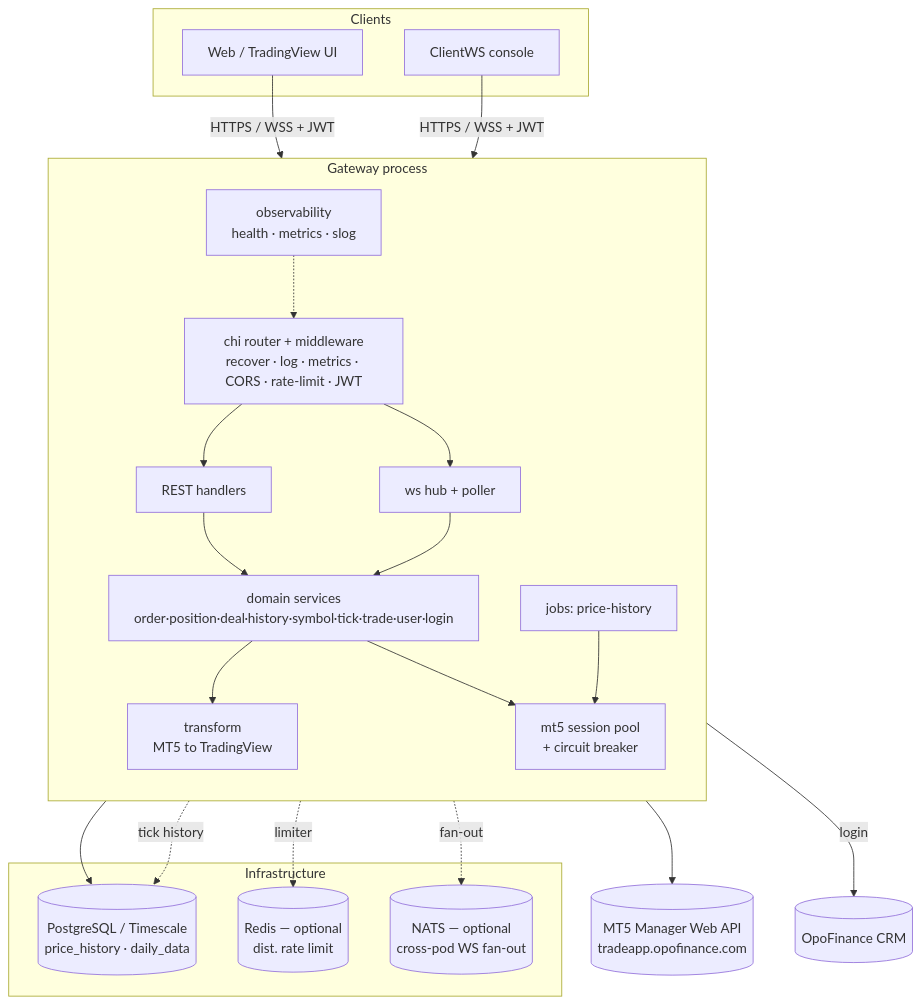
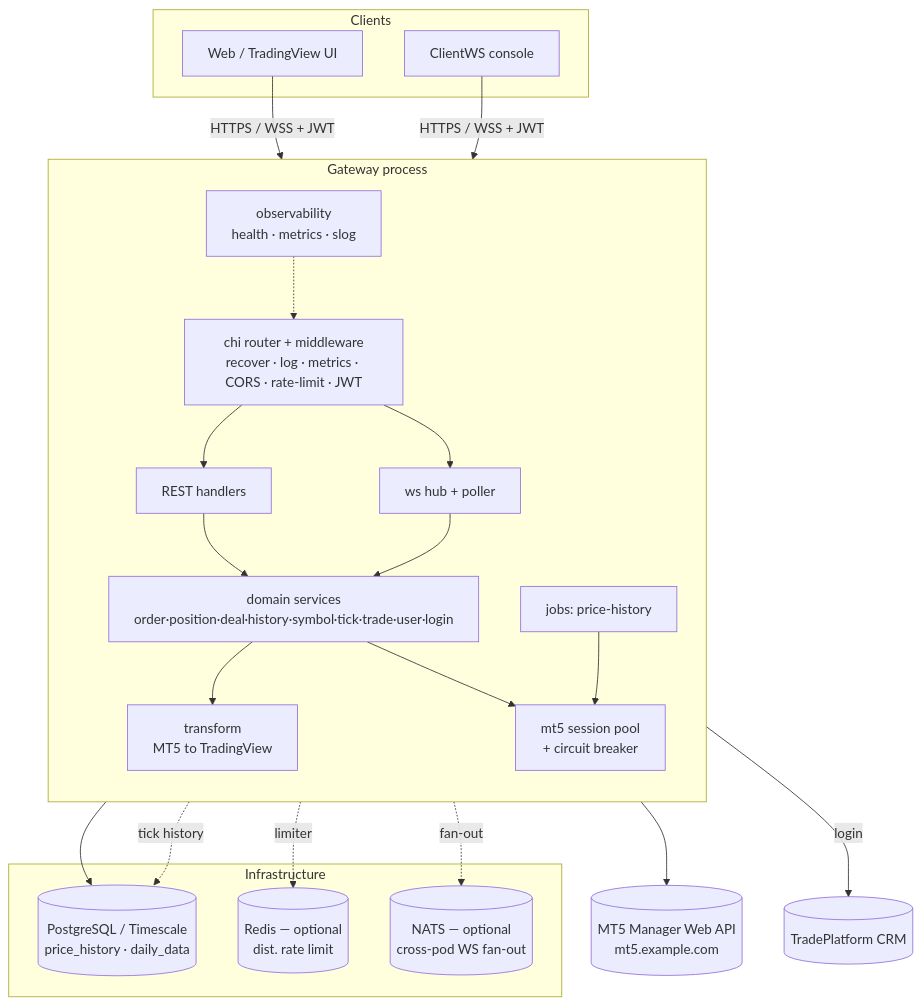
The first of 5 diagrams in backend/docs/DOCUMENTATION.md (nimadorostkar/TradePlatformDemo), drawn with Mermaid before and after one commit. The commit also changed other lines of this file and 138 other files, not shown here.

First line of the commit message:
Make the project its own: rebrand, drop the old environment, bring-your-own chart licence

````diff
--- a/backend/docs/DOCUMENTATION.md
+++ b/backend/docs/DOCUMENTATION.md
@@ -70,41 +59,41 @@
 ```mermaid
 flowchart TB
   subgraph clients[Clients]
     web[Web / TradingView UI]
     con[ClientWS console]
   end
 
   subgraph gw[Gateway process]
     direction TB
     R[chi router + middleware<br/>recover · log · metrics · CORS · rate-limit · JWT]
     H[REST handlers]
     WS["ws hub + poller"]
     D[domain services<br/>order·position·deal·history·symbol·tick·trade·user·login]
     T[transform<br/>MT5 to TradingView]
     M[mt5 session pool<br/>+ circuit breaker]
     J[jobs: price-history]
     OBS[observability<br/>health · metrics · slog]
   end
 
   subgraph infra[Infrastructure]
     PG[(PostgreSQL / Timescale<br/>price_history · daily_data)]
     RDS[(Redis — optional<br/>dist. rate limit)]
     NATS[(NATS — optional<br/>cross-pod WS fan-out)]
   end
 
-  MT5[(MT5 Manager Web API<br/>tradeapp.opofinance.com)]
-  CRM[(OpoFinance CRM)]
+  MT5[(MT5 Manager Web API<br/>mt5.example.com)]
+  CRM[(TradePlatform CRM)]
 
   web & con -->|HTTPS / WSS + JWT| R
   R --> H --> D
   R --> WS --> D
   D --> T
   D --> M --> MT5
   D -->|login| CRM
   J --> M
   J --> PG
   D -. tick history .-> PG
   R -. limiter .-> RDS
   WS -. fan-out .-> NATS
   OBS -.-> R
 ```
````
